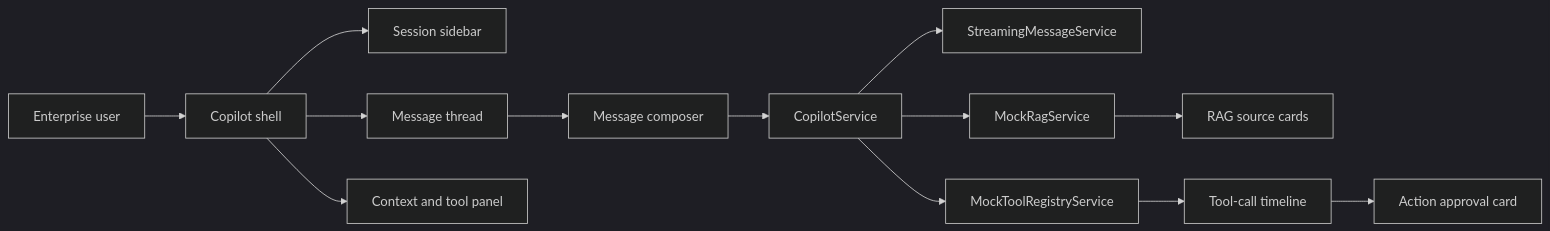
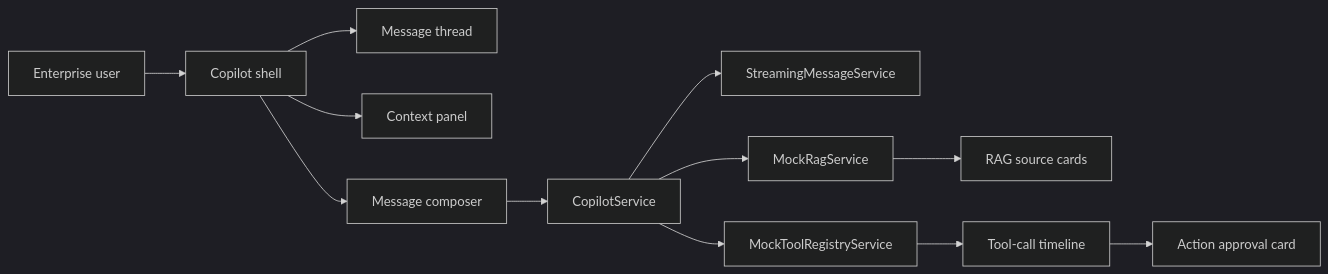
One commit to AnkitParekh007/angular-ai-copilot-starter changed the diagram in README.md. Above: the diagram before and after it, drawn with Mermaid (dark theme). The commit also changed other lines of this file and 36 other files, not shown here.

````diff
--- a/README.md
+++ b/README.md
@@ -74,29 +80,14 @@
 ```mermaid
-
 flowchart LR
-
     User["Enterprise user"] --> Shell["Copilot shell"]
-
-    Shell --> Sessions["Session sidebar"]
-
-    Shell --> Thread["Message thread"]
-
-    Shell --> Context["Context and tool panel"]
-
-    Thread --> Composer["Message composer"]
-
+    Shell --> MessageThread["Message thread"]
+    Shell --> ContextPanel["Context panel"]
+    Shell --> Composer["Message composer"]
     Composer --> CopilotService["CopilotService"]
-
-    CopilotService --> Streaming["StreamingMessageService"]
-
-    CopilotService --> RAG["MockRagService"]
-
-    CopilotService --> Tools["MockToolRegistryService"]
-
-    RAG --> SourceCards["RAG source cards"]
-
-    Tools --> Timeline["Tool-call timeline"]
-
-    Timeline --> Approval["Action approval card"]
-
+    CopilotService --> StreamingService["StreamingMessageService"]
+    CopilotService --> MockRagService["MockRagService"]
+    CopilotService --> MockToolRegistry["MockToolRegistryService"]
+    MockRagService --> RagCards["RAG source cards"]
+    MockToolRegistry --> ToolTimeline["Tool-call timeline"]
+    ToolTimeline --> ApprovalCard["Action approval card"]
 ```
````
